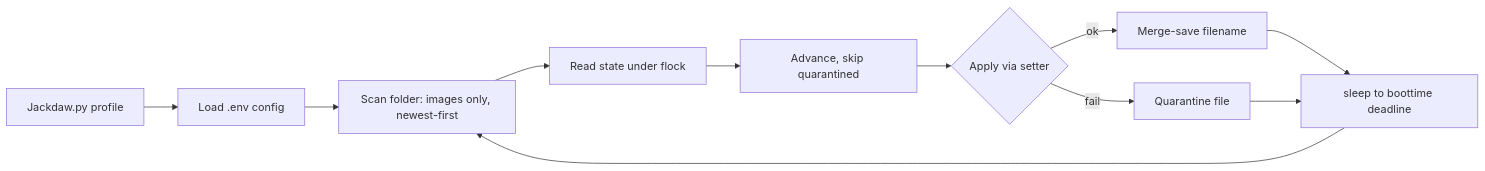
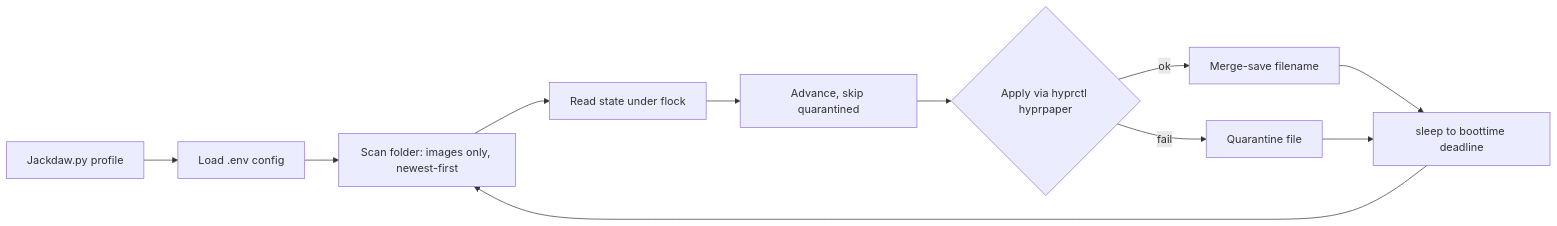
The diagram in Jackdaw/README.md (FirozChauhan/ArchUtils), drawn with Mermaid before and after one commit. The commit also changed other lines of this file and 5 other files, not shown here.

````diff
--- a/Jackdaw/README.md
+++ b/Jackdaw/README.md
@@ -90,8 +89,8 @@
 ```mermaid
 flowchart LR
     A[Jackdaw.py profile] --> B[Load .env config] --> C[Scan folder: images only, newest-first]
     C --> D[Read state under flock] --> E[Advance, skip quarantined]
-    E --> F{Apply via setter}
+    E --> F{Apply via hyprctl hyprpaper}
     F -->|ok| G[Merge-save filename] --> H[sleep to boottime deadline] --> C
     F -->|fail| I[Quarantine file] --> H
 ```
````
